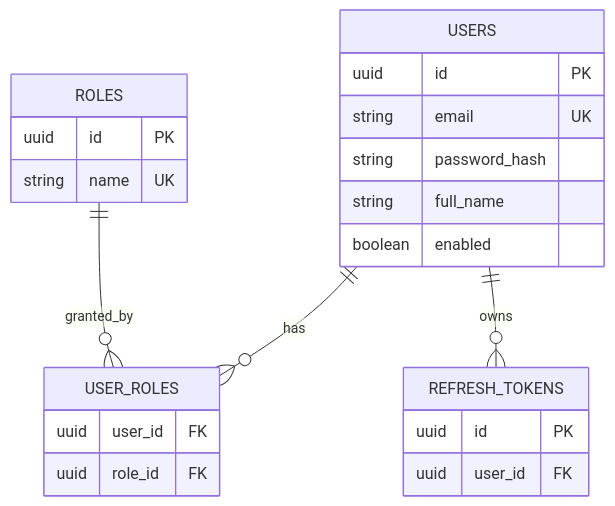
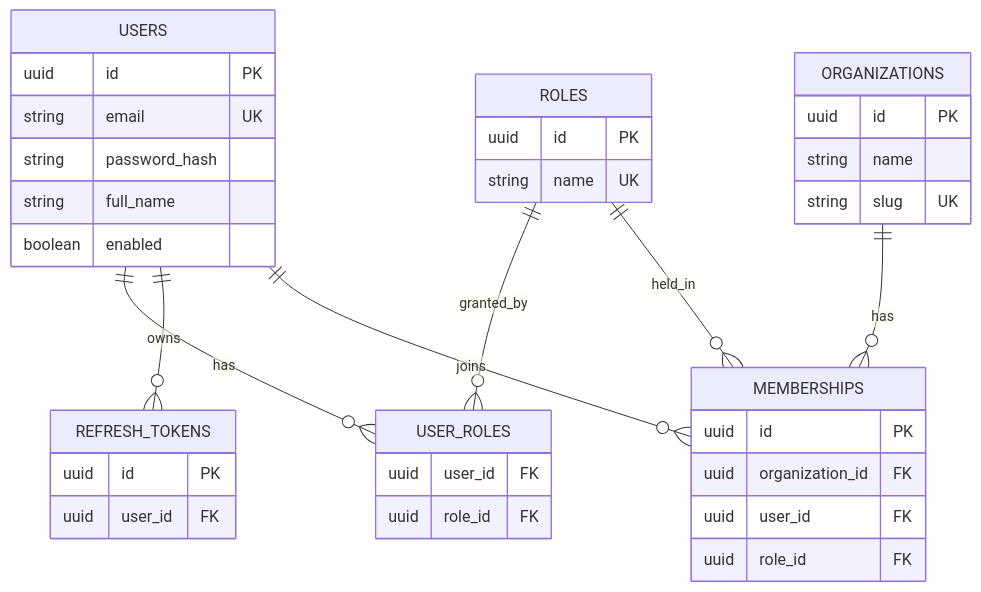
Before and after one commit to Mutiur03/CSE3220_Connecta: the second of 2 diagrams in README.md, drawn with Mermaid. The commit also changed other lines of this file and 10 other files, not shown here.

````diff
--- a/README.md
+++ b/README.md
@@ -68,17 +68,27 @@
 ```mermaid
 erDiagram
     USERS ||--o{ USER_ROLES : has
     ROLES ||--o{ USER_ROLES : granted_by
     USERS ||--o{ REFRESH_TOKENS : owns
     USERS { uuid id PK
         string email UK
         string password_hash
         string full_name
         boolean enabled }
     ROLES { uuid id PK
         string name UK }
     USER_ROLES { uuid user_id FK
         uuid role_id FK }
     REFRESH_TOKENS { uuid id PK
         uuid user_id FK }
+    ORGANIZATIONS ||--o{ MEMBERSHIPS : has
+    USERS ||--o{ MEMBERSHIPS : joins
+    ROLES ||--o{ MEMBERSHIPS : held_in
+    ORGANIZATIONS { uuid id PK
+        string name
+        string slug UK }
+    MEMBERSHIPS { uuid id PK
+        uuid organization_id FK
+        uuid user_id FK
+        uuid role_id FK }
 ```
````
